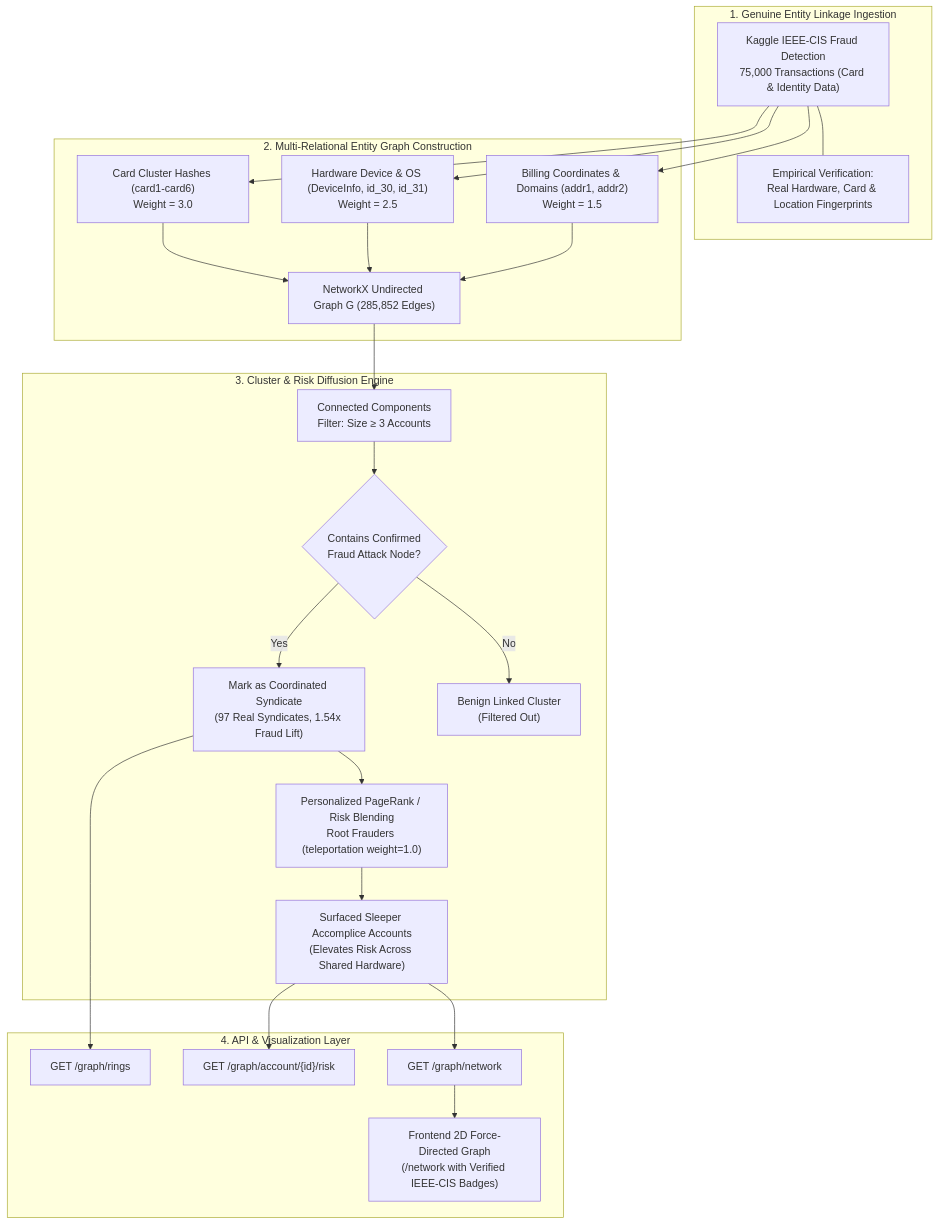
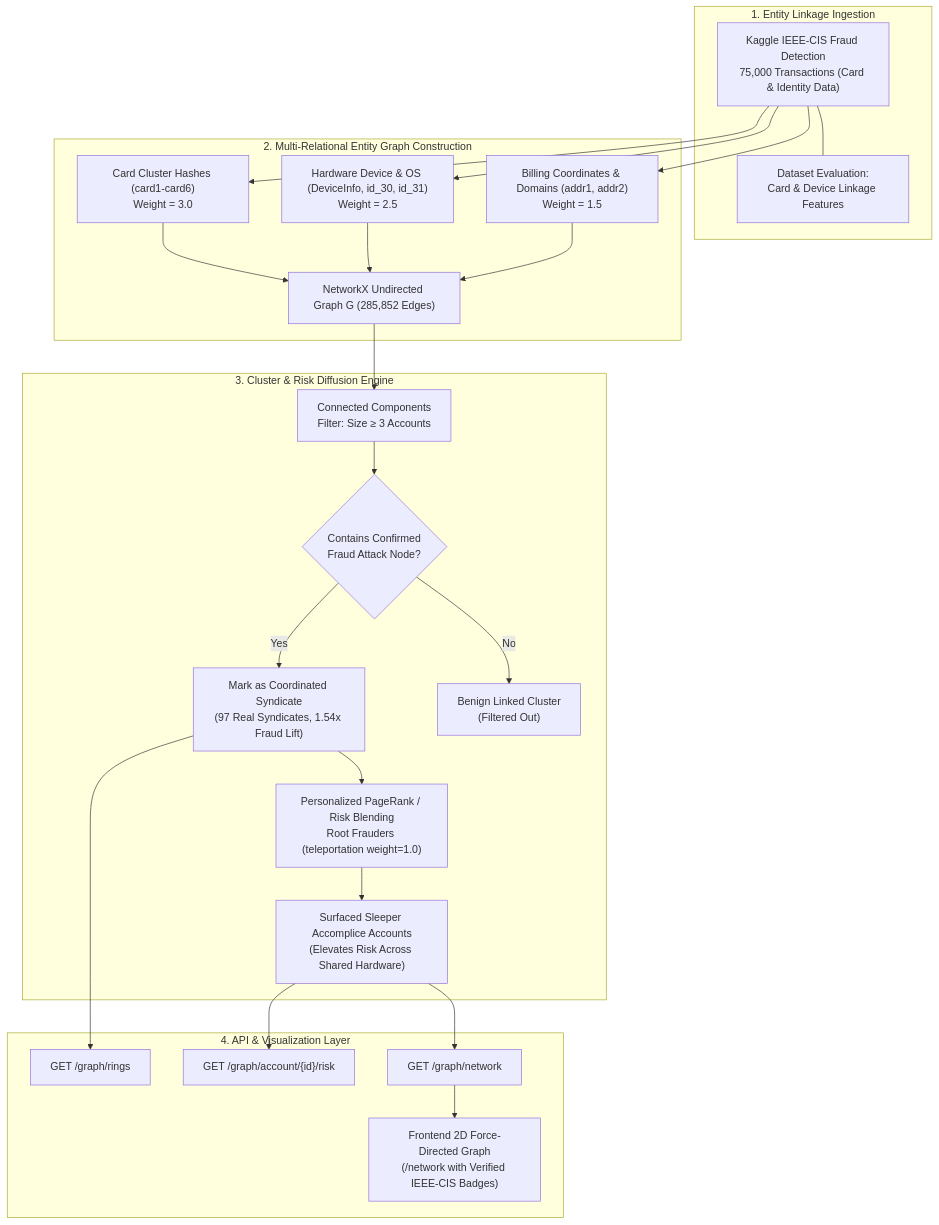
One commit to adarshthakur9240/sentinelpay changed the fifth of 7 diagrams in README.md. Above: the diagram before and after it, drawn with Mermaid. The commit also changed other lines of this file and 3 other files, not shown here.

````diff
--- a/README.md
+++ b/README.md
@@ -220,33 +224,33 @@
 ```mermaid
 flowchart TD
-    subgraph Ingestion["1. Genuine Entity Linkage Ingestion"]
+    subgraph Ingestion["1. Entity Linkage Ingestion"]
         Data["Kaggle IEEE-CIS Fraud Detection<br/>75,000 Transactions (Card & Identity Data)"]
-        Notice["Empirical Verification:<br/>Real Hardware, Card & Location Fingerprints"]
+        Notice["Dataset Evaluation:<br/>Card & Device Linkage Features"]
         Data --- Notice
     end
 
     subgraph GraphBuilding["2. Multi-Relational Entity Graph Construction"]
         Data --> CardEdges["Card Cluster Hashes (card1-card6)<br/>Weight = 3.0"]
         Data --> DevEdges["Hardware Device & OS (DeviceInfo, id_30, id_31)<br/>Weight = 2.5"]
         Data --> LocEdges["Billing Coordinates & Domains (addr1, addr2)<br/>Weight = 1.5"]
         CardEdges --> Graph["NetworkX Undirected Graph G (285,852 Edges)"]
         DevEdges --> Graph
         LocEdges --> Graph
     end
 
     subgraph RingClustering["3. Cluster & Risk Diffusion Engine"]
         Graph --> Components["Connected Components<br/>Filter: Size ≥ 3 Accounts"]
         Components --> RootCheck{"Contains Confirmed<br/>Fraud Attack Node?"}
         RootCheck -- Yes --> RingFlag["Mark as Coordinated Syndicate<br/>(97 Real Syndicates, 1.54x Fraud Lift)"]
         RootCheck -- No --> Household["Benign Linked Cluster<br/>(Filtered Out)"]
         RingFlag --> PageRank["Personalized PageRank / Risk Blending<br/>Root Frauders (teleportation weight=1.0)"]
         PageRank --> Accomplice["Surfaced Sleeper Accomplice Accounts<br/>(Elevates Risk Across Shared Hardware)"]
     end
 
     subgraph Distribution["4. API & Visualization Layer"]
         RingFlag --> API1["GET /graph/rings"]
         Accomplice --> API2["GET /graph/account/{id}/risk"]
         Accomplice --> API3["GET /graph/network"]
         API3 --> ForceGraph["Frontend 2D Force-Directed Graph<br/>(/network with Verified IEEE-CIS Badges)"]
     end
 ```
````
